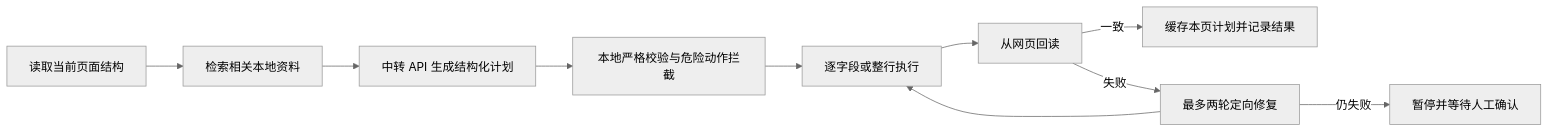
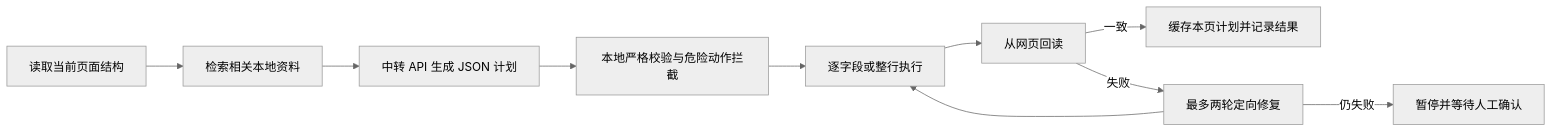
One commit to ironhxs/baoyan-auto-filler changed the diagram in README.md. Above: the diagram before and after it, drawn with Mermaid (neutral theme). The commit also changed other lines of this file and 2 other files, not shown here.

````diff
--- a/README.md
+++ b/README.md
@@ -43,12 +43,12 @@
 ```mermaid
 flowchart LR
   A[读取当前页面结构] --> B[检索相关本地资料]
-  B --> C[中转 API 生成结构化计划]
+  B --> C[中转 API 生成 JSON 计划]
   C --> D[本地严格校验与危险动作拦截]
   D --> E[逐字段或整行执行]
   E --> F[从网页回读]
   F -->|一致| G[缓存本页计划并记录结果]
   F -->|失败| H[最多两轮定向修复]
   H --> E
   H -->|仍失败| I[暂停并等待人工确认]
 ```
````
